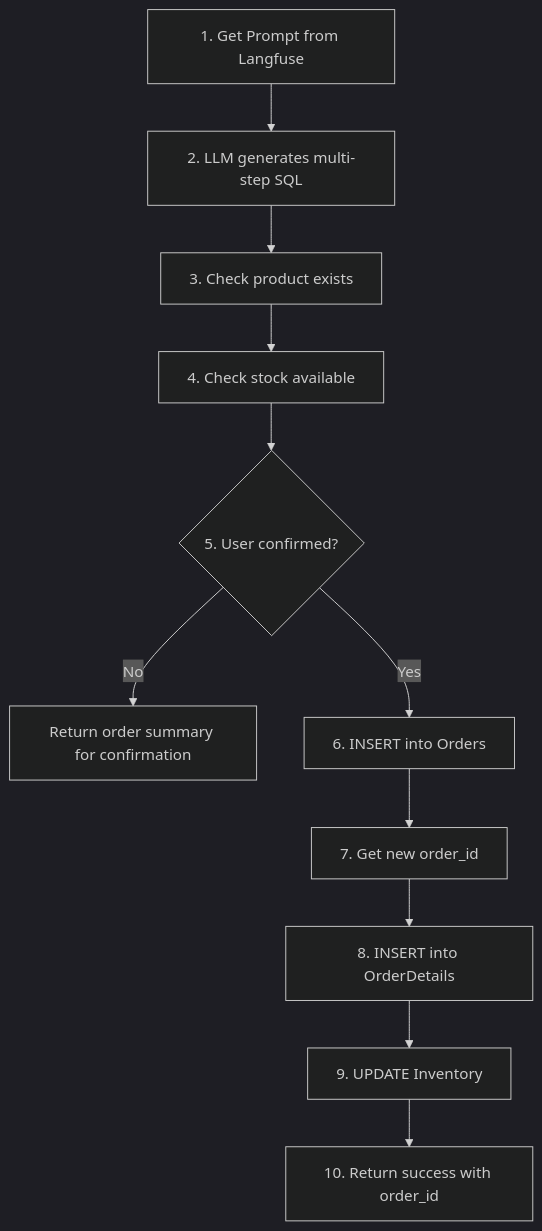
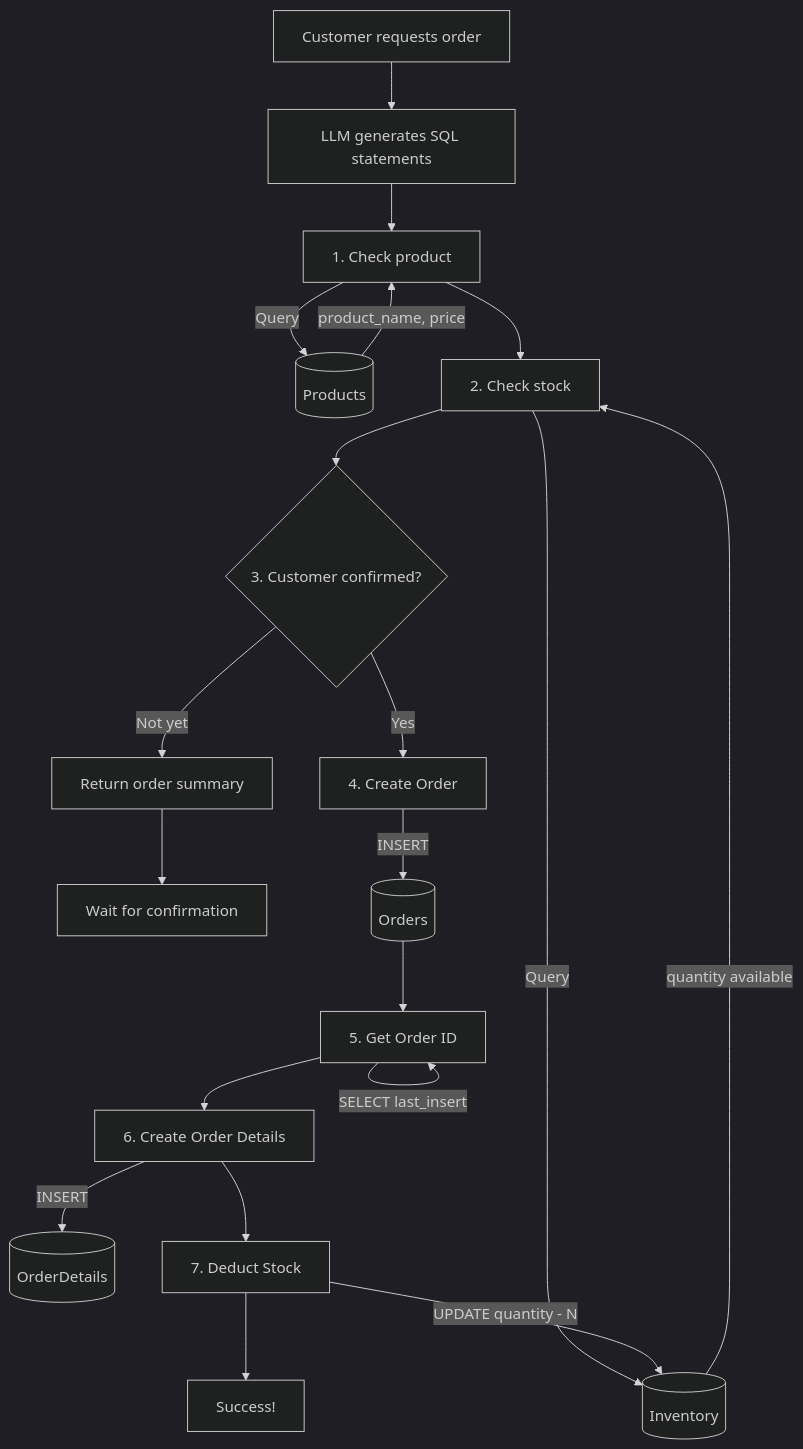
Before and after one commit to mhokchuekchuek/mtl_agent: the diagram in docs/multi-agent-systems/modules/tools/knowledge_retrieval/sql/customer/place_order.md, drawn with Mermaid (dark theme). The commit also changed other lines of this file and 45 other files, not shown here.

````diff
--- a/docs/multi-agent-systems/modules/tools/knowledge_retrieval/sql/customer/place_order.md
+++ b/docs/multi-agent-systems/modules/tools/knowledge_retrieval/sql/customer/place_order.md
@@ -36,13 +27,31 @@
 ```mermaid
 flowchart TD
-    A[1. Get Prompt from Langfuse] --> B[2. LLM generates multi-step SQL]
-    B --> C[3. Check product exists]
-    C --> D[4. Check stock available]
-    D --> E{5. User confirmed?}
-    E -->|No| F[Return order summary for confirmation]
-    E -->|Yes| G[6. INSERT into Orders]
-    G --> H[7. Get new order_id]
-    H --> I[8. INSERT into OrderDetails]
-    I --> J[9. UPDATE Inventory]
-    J --> K[10. Return success with order_id]
+    START[Customer requests order] --> GEN[LLM generates SQL statements]
+    
+    GEN --> CHECK_PROD[1. Check product]
+    CHECK_PROD --> |Query| PROD_TBL[(Products)]
+    PROD_TBL --> |product_name, price| CHECK_PROD
+    
+    CHECK_PROD --> CHECK_STOCK[2. Check stock]
+    CHECK_STOCK --> |Query| INV_TBL[(Inventory)]
+    INV_TBL --> |quantity available| CHECK_STOCK
+    
+    CHECK_STOCK --> CONFIRM{3. Customer confirmed?}
+    
+    CONFIRM --> |Not yet| SUMMARY[Return order summary]
+    SUMMARY --> WAIT[Wait for confirmation]
+    
+    CONFIRM --> |Yes| INSERT_ORDER[4. Create Order]
+    INSERT_ORDER --> |INSERT| ORDERS_TBL[(Orders)]
+    
+    ORDERS_TBL --> GET_ID[5. Get Order ID]
+    GET_ID --> |SELECT last_insert| GET_ID
+    
+    GET_ID --> INSERT_DETAIL[6. Create Order Details]
+    INSERT_DETAIL --> |INSERT| DETAILS_TBL[(OrderDetails)]
+    
+    INSERT_DETAIL --> UPDATE_INV[7. Deduct Stock]
+    UPDATE_INV --> |UPDATE quantity - N| INV_TBL
+    
+    UPDATE_INV --> SUCCESS[Success!]
 ```
````
